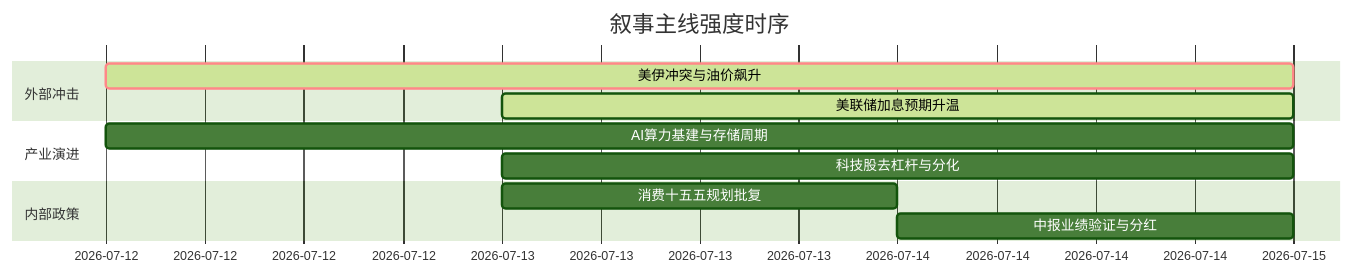
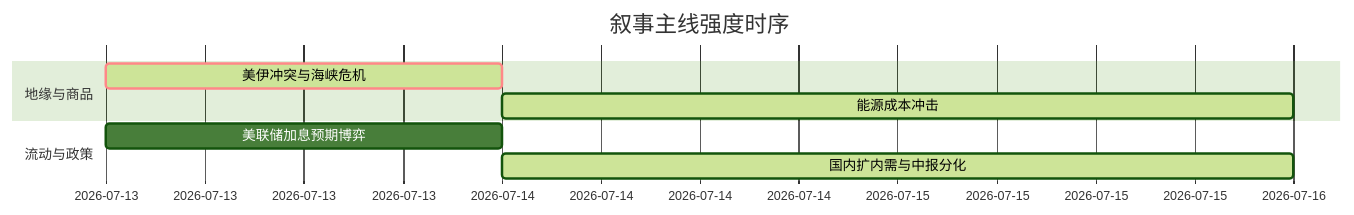
One commit to uu5zn/uu5zn.github.io changed the diagram in 5day_report.md. Above: the diagram before and after it, drawn with Mermaid (forest theme). The commit also changed other lines of this file and 24 other files, not shown here.

````diff
--- a/5day_report.md
+++ b/5day_report.md
@@ -55,16 +55,12 @@
 ```mermaid
 gantt
     title 叙事主线强度时序
     dateFormat  YYYY-MM-DD
-    section 外部冲击
-    美伊冲突与油价飙升   :crit, active, 2026-07-12, 3d
-    美联储加息预期升温   :active, 2026-07-13, 2d
+    section 地缘与商品
+    美伊冲突与海峡危机   :crit, active, 2026-07-13, 1d
+    能源成本冲击         :active, 2026-07-14, 2d
     
-    section 产业演进
-    AI算力基建与存储周期 :2026-07-12, 3d
-    科技股去杠杆与分化   :2026-07-13, 2d
-    
-    section 内部政策
-    消费十五五规划批复   :2026-07-13, 1d
-    中报业绩验证与分红   :2026-07-14, 1d
+    section 流动与政策
+    美联储加息预期博弈   :2026-07-13, 1d
+    国内扩内需与中报分化 :active, 2026-07-14, 2d
 ```
````
